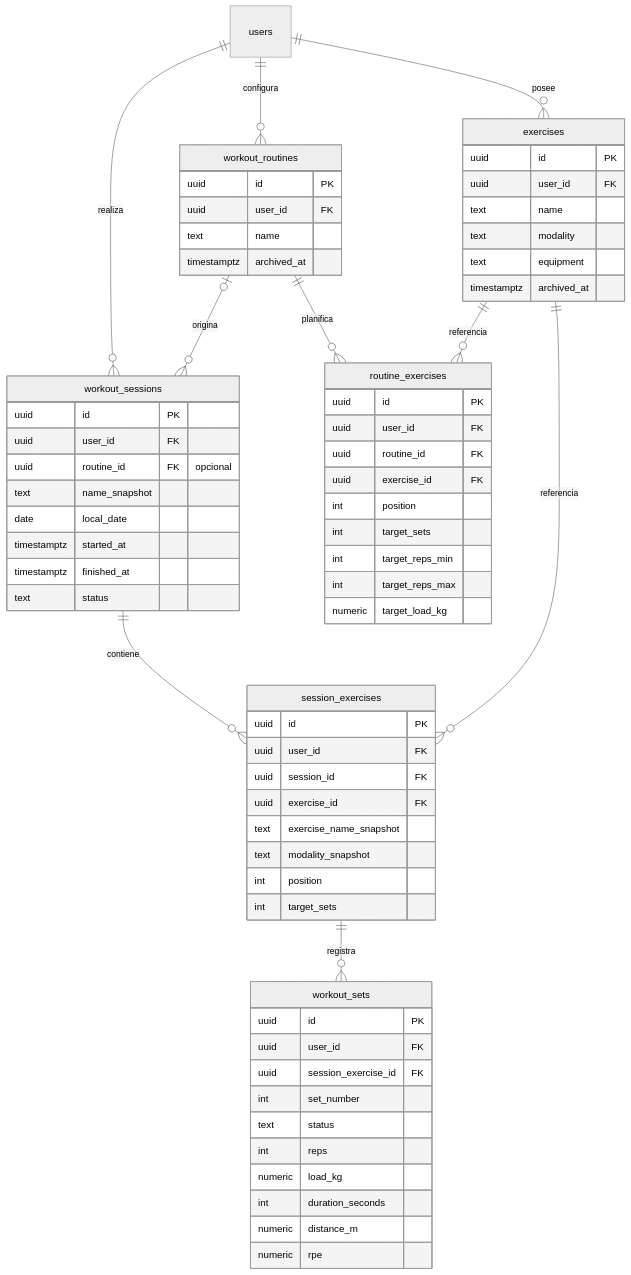
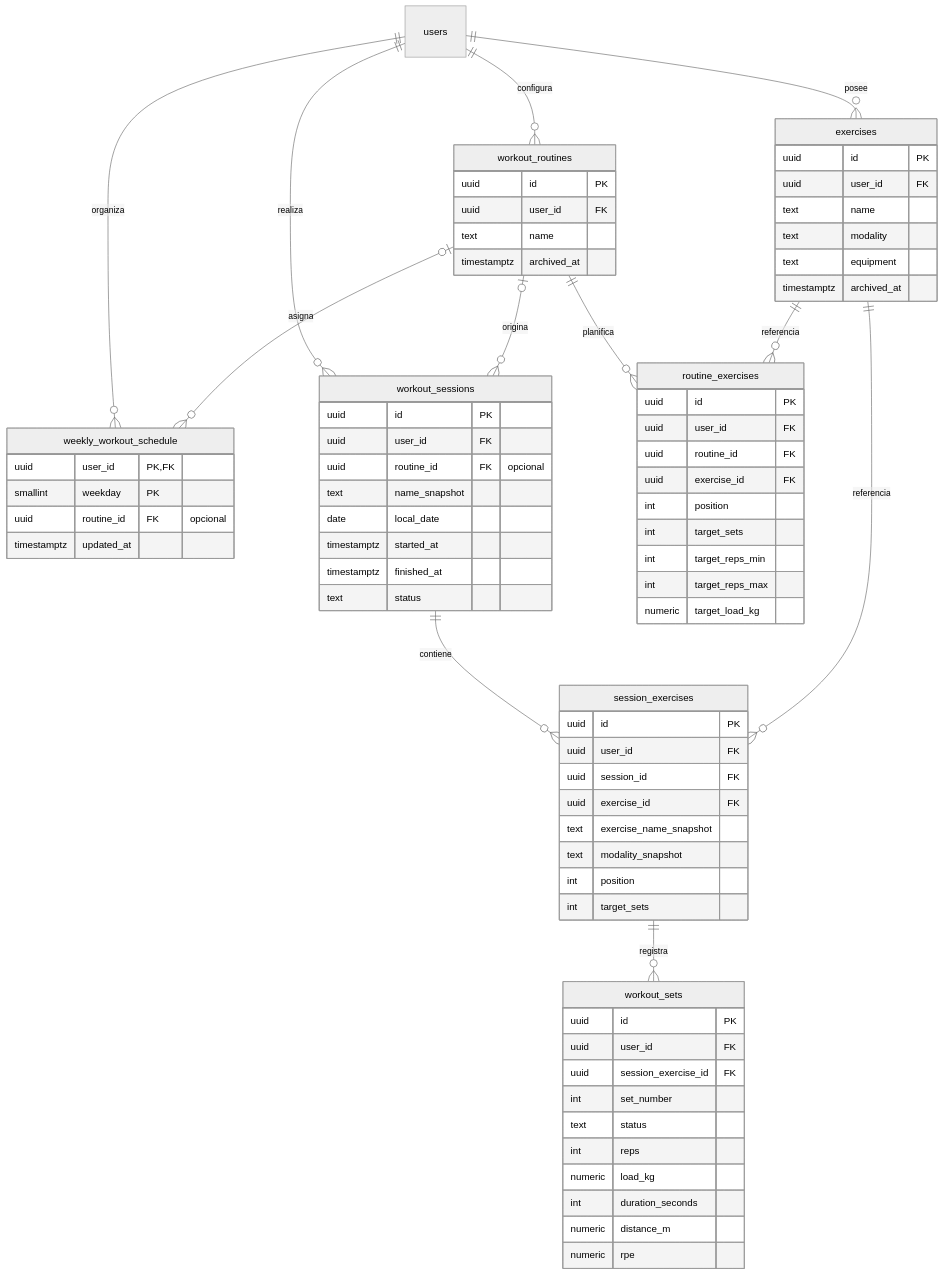
The second of 2 diagrams in docs/database/README.md (Yorye-dev/fitness-backend), drawn with Mermaid (neutral theme) before and after one commit. The commit also changed other lines of this file and 54 other files, not shown here.

````diff
--- a/docs/database/README.md
+++ b/docs/database/README.md
@@ -170,70 +190,78 @@
 ```mermaid
 erDiagram
     users ||--o{ exercises : posee
     users ||--o{ workout_routines : configura
+    users ||--o{ weekly_workout_schedule : organiza
+    workout_routines o|--o{ weekly_workout_schedule : asigna
     users ||--o{ workout_sessions : realiza
     workout_routines ||--o{ routine_exercises : planifica
     exercises ||--o{ routine_exercises : referencia
     workout_routines o|--o{ workout_sessions : origina
     workout_sessions ||--o{ session_exercises : contiene
     exercises ||--o{ session_exercises : referencia
     session_exercises ||--o{ workout_sets : registra
 
     exercises {
         uuid id PK
         uuid user_id FK
         text name
         text modality
         text equipment
         timestamptz archived_at
     }
     workout_routines {
         uuid id PK
         uuid user_id FK
         text name
         timestamptz archived_at
+    }
+    weekly_workout_schedule {
+        uuid user_id PK,FK
+        smallint weekday PK
+        uuid routine_id FK "opcional"
+        timestamptz updated_at
     }
     routine_exercises {
         uuid id PK
         uuid user_id FK
         uuid routine_id FK
         uuid exercise_id FK
         int position
         int target_sets
         int target_reps_min
         int target_reps_max
         numeric target_load_kg
     }
     workout_sessions {
         uuid id PK
         uuid user_id FK
         uuid routine_id FK "opcional"
         text name_snapshot
         date local_date
         timestamptz started_at
         timestamptz finished_at
         text status
     }
     session_exercises {
         uuid id PK
         uuid user_id FK
         uuid session_id FK
         uuid exercise_id FK
         text exercise_name_snapshot
         text modality_snapshot
         int position
         int target_sets
     }
     workout_sets {
         uuid id PK
         uuid user_id FK
         uuid session_exercise_id FK
         int set_number
         text status
         int reps
         numeric load_kg
         int duration_seconds
         numeric distance_m
         numeric rpe
     }
 ```
````
